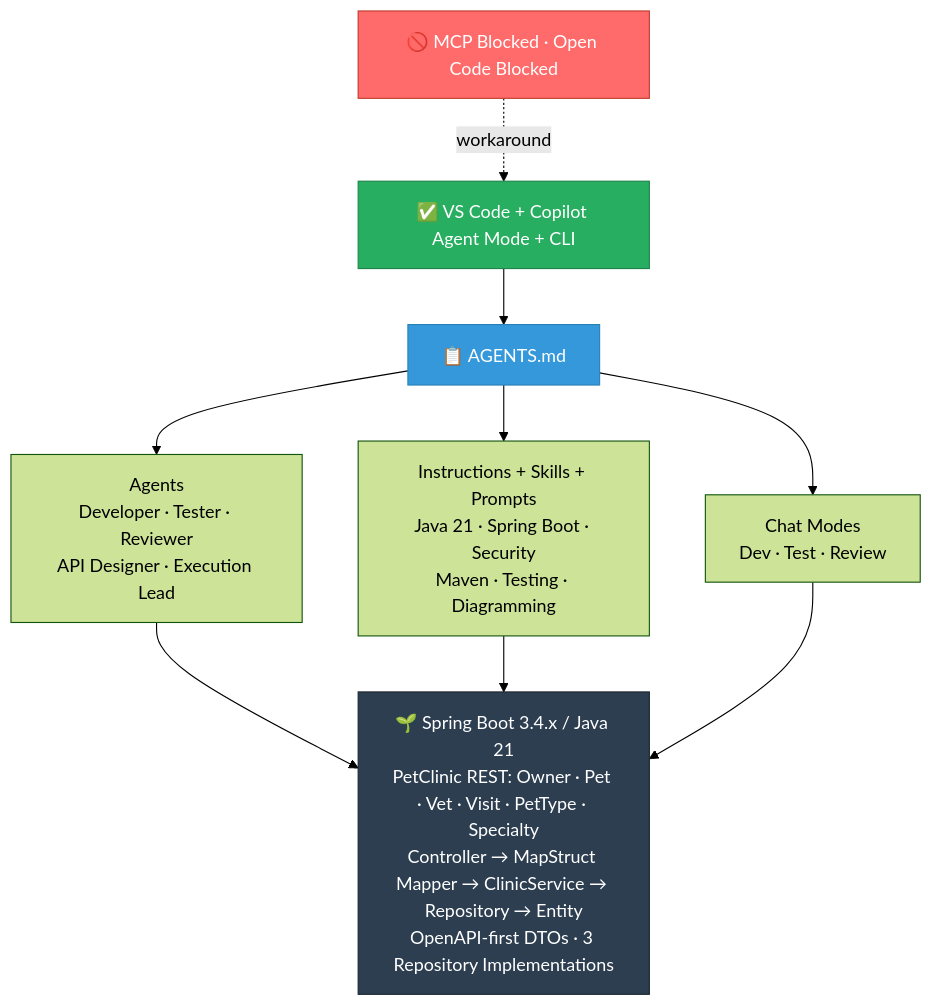
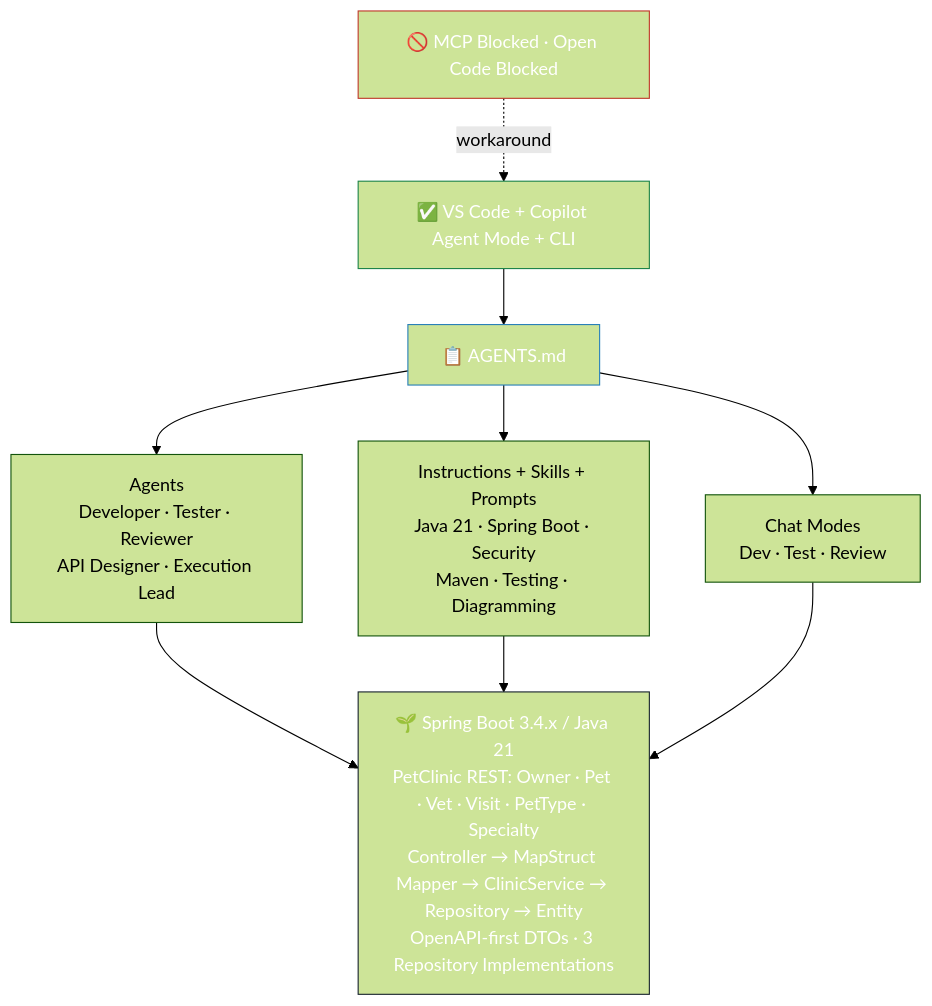
The fourth of 12 diagrams in README.md (abossard/ghcp-agent-2024), drawn with Mermaid (forest theme) before and after one commit. The commit also changed other lines of this file, not shown here.

````diff
--- a/README.md
+++ b/README.md
@@ -65,21 +100,21 @@
 ```mermaid
 graph TB
     BLOCK["🚫 MCP Blocked · Open Code Blocked"]
     AVAIL["✅ VS Code + Copilot Agent Mode + CLI"]
 
     BLOCK -.->|"workaround"| AVAIL
     AVAIL --> AGENTS["📋 AGENTS.md"]
 
     AGENTS --> Agents["Agents<br/>Developer · Tester · Reviewer<br/>API Designer · Execution Lead"]
     AGENTS --> Config["Instructions + Skills + Prompts<br/>Java 21 · Spring Boot · Security<br/>Maven · Testing · Diagramming"]
     AGENTS --> Modes["Chat Modes<br/>Dev · Test · Review"]
 
     Agents --> APP["🌱 Spring Boot 3.4.x / Java 21<br/>PetClinic REST: Owner · Pet · Vet · Visit · PetType · Specialty<br/>Controller → MapStruct Mapper → ClinicService → Repository → Entity<br/>OpenAPI-first DTOs · 3 Repository Implementations"]
     Config --> APP
     Modes --> APP
 
-    style BLOCK fill:#ff6b6b,stroke:#c0392b,color:#fff
-    style AVAIL fill:#27ae60,stroke:#1e8449,color:#fff
-    style AGENTS fill:#3498db,stroke:#2980b9,color:#fff
-    style APP fill:#2c3e50,stroke:#1a252f,color:#fff
+    style BLOCK stroke:#c0392b,color:#fff
+    style AVAIL stroke:#1e8449,color:#fff
+    style AGENTS stroke:#2980b9,color:#fff
+    style APP stroke:#1a252f,color:#fff
 ```
````
